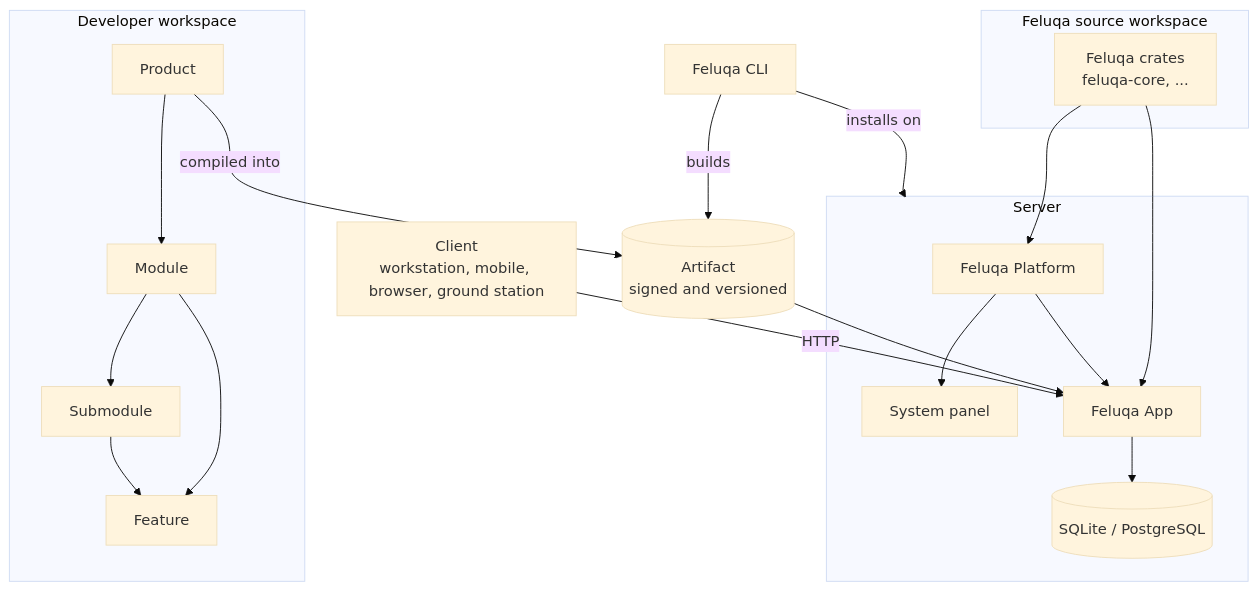
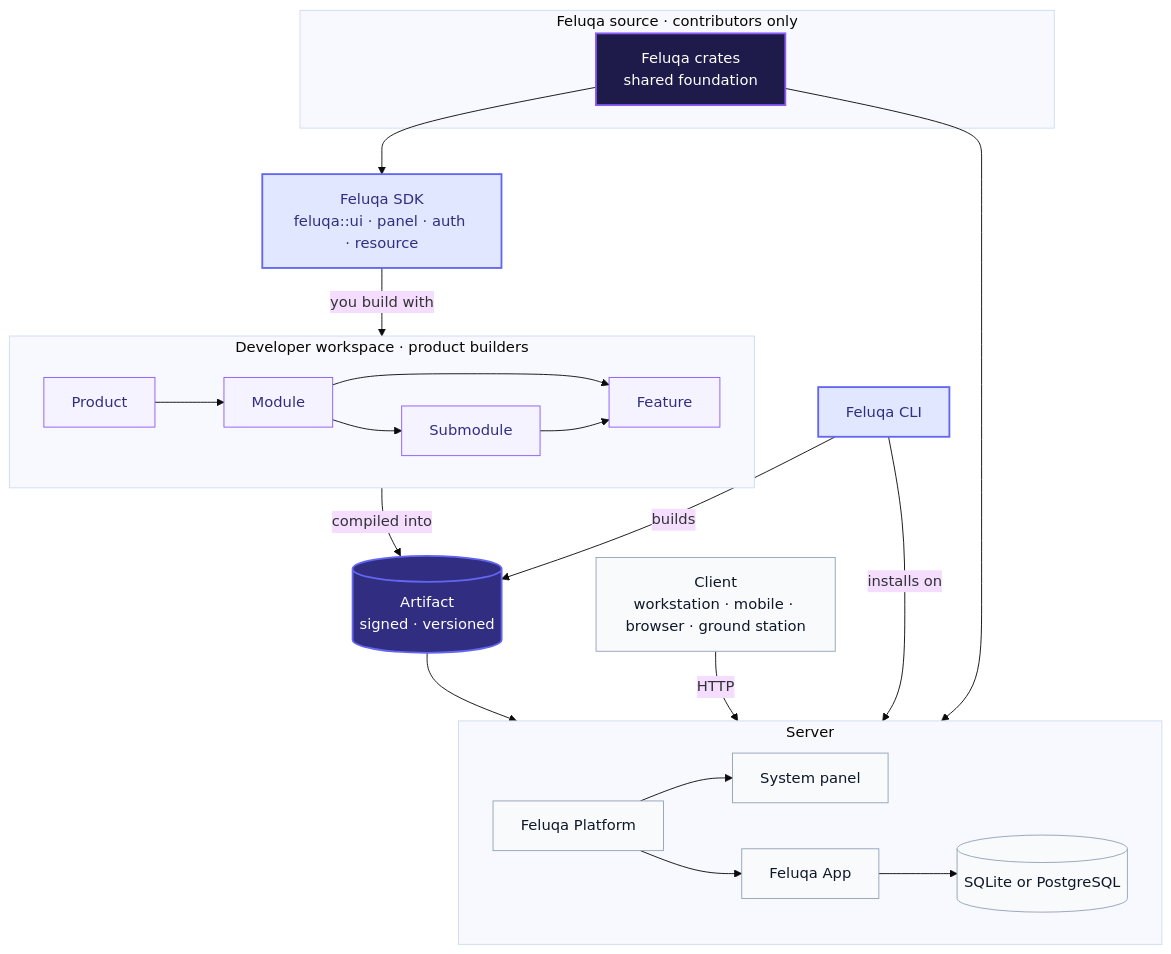
Before and after one commit to emyassine/base-feluka: the diagram in docs/guides/first/01-welcome/02-taxonomy.en.md, drawn with Mermaid (base theme). The commit also changed other lines of this file and 2 other files, not shown here.

````diff
--- a/docs/guides/first/01-welcome/02-taxonomy.en.md
+++ b/docs/guides/first/01-welcome/02-taxonomy.en.md
@@ -73,35 +79,56 @@
 ```mermaid
 flowchart TB
-    subgraph SRC[Feluqa source workspace]
-        FC[Feluqa crates<br/>feluqa-core, ...]
+    subgraph SRC["Feluqa source · contributors only"]
+        FC["Feluqa crates<br/>shared foundation"]
     end
-    subgraph DEV[Developer workspace]
-        PR[Product]
-        M[Module]
-        SM[Submodule]
-        F[Feature]
+
+    SDK["Feluqa SDK<br/>feluqa::ui · panel · auth · resource"]
+    CLI["Feluqa CLI"]
+
+    subgraph DEV["Developer workspace · product builders"]
+        direction LR
+        PR["Product"]
+        M["Module"]
+        SM["Submodule"]
+        F["Feature"]
         PR --> M --> SM
         M --> F
         SM --> F
     end
-    CLI[Feluqa CLI]
-    ART[(Artifact<br/>signed and versioned)]
-    subgraph SRV[Server]
-        PL[Feluqa Platform]
-        SP[System panel]
-        APP[Feluqa App]
-        DB[(SQLite / PostgreSQL)]
+
+    ART[("Artifact<br/>signed · versioned")]
+
+    subgraph SRV["Server"]
+        direction LR
+        PL["Feluqa Platform"]
+        SP["System panel"]
+        APP["Feluqa App"]
+        DB[("SQLite or PostgreSQL")]
         PL --> SP
         PL --> APP
         APP --> DB
     end
-    CL[Client<br/>workstation, mobile, browser, ground station]
 
+    CL["Client<br/>workstation · mobile · browser · ground station"]
+
+    FC --> SDK
     FC --> PL
-    FC --> APP
-    PR -->|compiled into| ART
-    CLI -->|builds| ART
-    CLI -->|installs on| SRV
+    SDK -->|"you build with"| DEV
+    DEV -->|"compiled into"| ART
+    CLI -->|"builds"| ART
+    CLI -->|"installs on"| SRV
     ART --> APP
-    CL -->|HTTP| APP
+    CL -->|"HTTP"| APP
+
+    classDef source fill:#1e1b4b,color:#ffffff,stroke:#8b5cf6,stroke-width:2px
+    classDef sdk fill:#e0e7ff,color:#312e81,stroke:#6366f1,stroke-width:2px
+    classDef dev fill:#f5f3ff,color:#312e81,stroke:#8b5cf6
+    classDef runtime fill:#f8fafc,color:#0f172a,stroke:#94a3b8
+    classDef artifact fill:#312e81,color:#ffffff,stroke:#6366f1,stroke-width:2px
+
+    class FC source
+    class SDK,CLI sdk
+    class PR,M,SM,F dev
+    class PL,SP,APP,DB,CL runtime
+    class ART artifact
 ```
````
